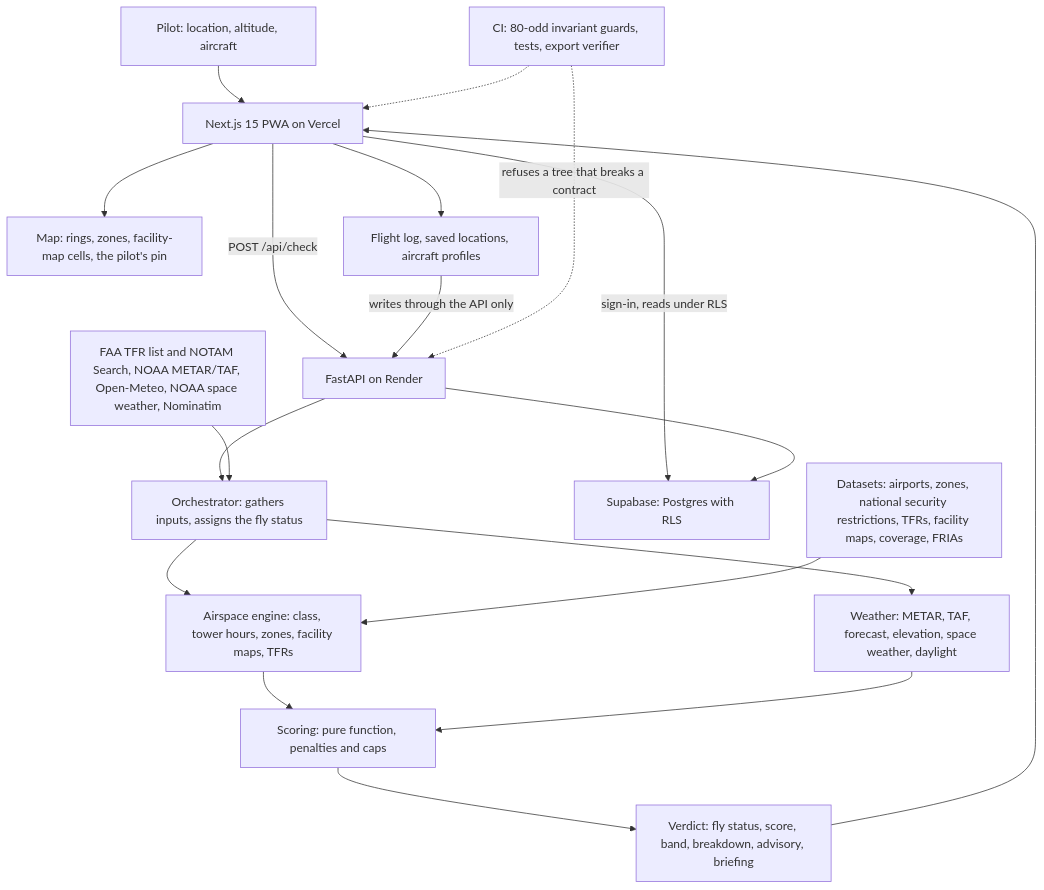
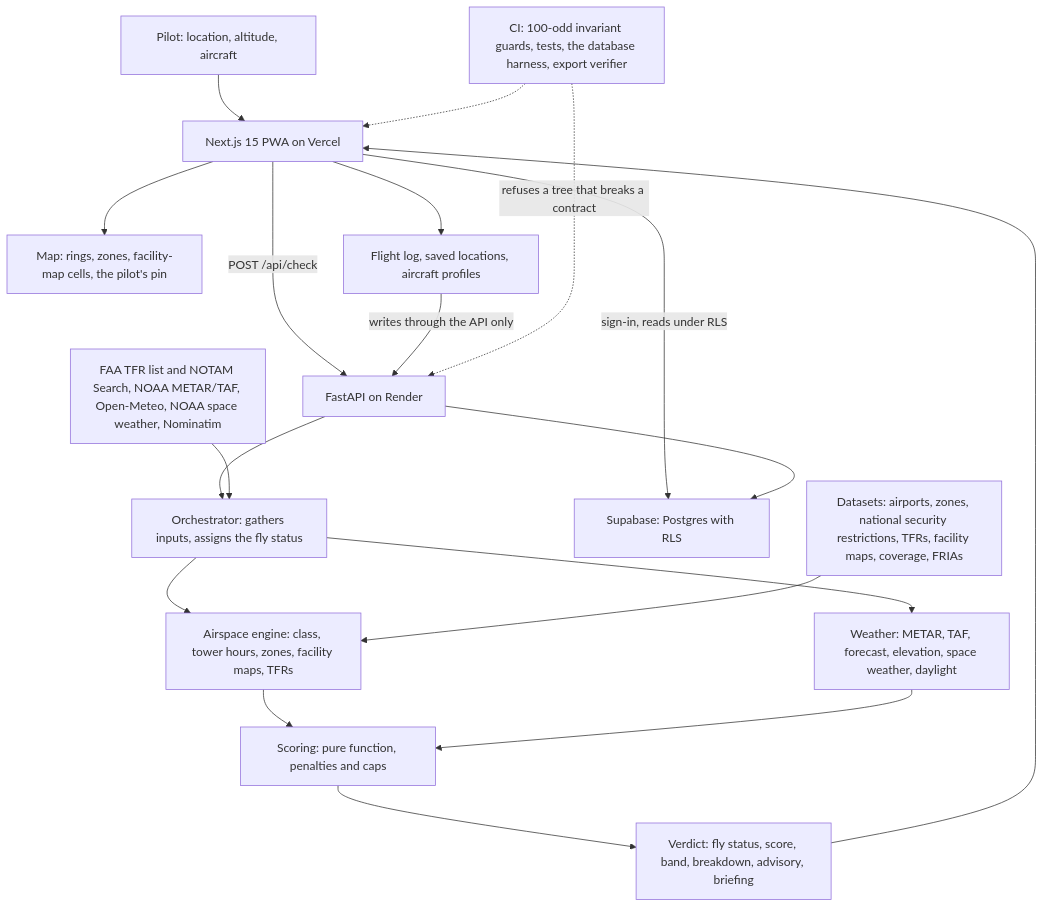
One commit to jha-ayush/uas-skycheck-architecture changed the diagram in README.md. Above: the diagram before and after it, drawn with Mermaid. The commit also changed other lines of this file, not shown here.

````diff
--- a/README.md
+++ b/README.md
@@ -79,21 +79,21 @@
 ```mermaid
 flowchart TD
     P["Pilot: location, altitude, aircraft"] --> FE["Next.js 15 PWA on Vercel"]
     FE -->|"POST /api/check"| API["FastAPI on Render"]
     API --> ORC["Orchestrator: gathers inputs, assigns the fly status"]
     ORC --> GEO["Airspace engine: class, tower hours, zones, facility maps, TFRs"]
     ORC --> WX["Weather: METAR, TAF, forecast, elevation, space weather, daylight"]
     GEO --> SC["Scoring: pure function, penalties and caps"]
     WX --> SC
     SC --> RESP["Verdict: fly status, score, band, breakdown, advisory, briefing"]
     RESP --> FE
     FE --> MAP["Map: rings, zones, facility-map cells, the pilot's pin"]
     FE --> LOG["Flight log, saved locations, aircraft profiles"]
     LOG -->|"writes through the API only"| API
     FE -->|"sign-in, reads under RLS"| SB["Supabase: Postgres with RLS"]
     API --> SB
     DS["Datasets: airports, zones, national security restrictions, TFRs, facility maps, coverage, FRIAs"] --> GEO
     EXT["FAA TFR list and NOTAM Search, NOAA METAR/TAF, Open-Meteo, NOAA space weather, Nominatim"] --> ORC
-    CI["CI: 80-odd invariant guards, tests, export verifier"] -.->|"refuses a tree that breaks a contract"| API
+    CI["CI: 100-odd invariant guards, tests, the database harness, export verifier"] -.->|"refuses a tree that breaks a contract"| API
     CI -.-> FE
 ```
````
